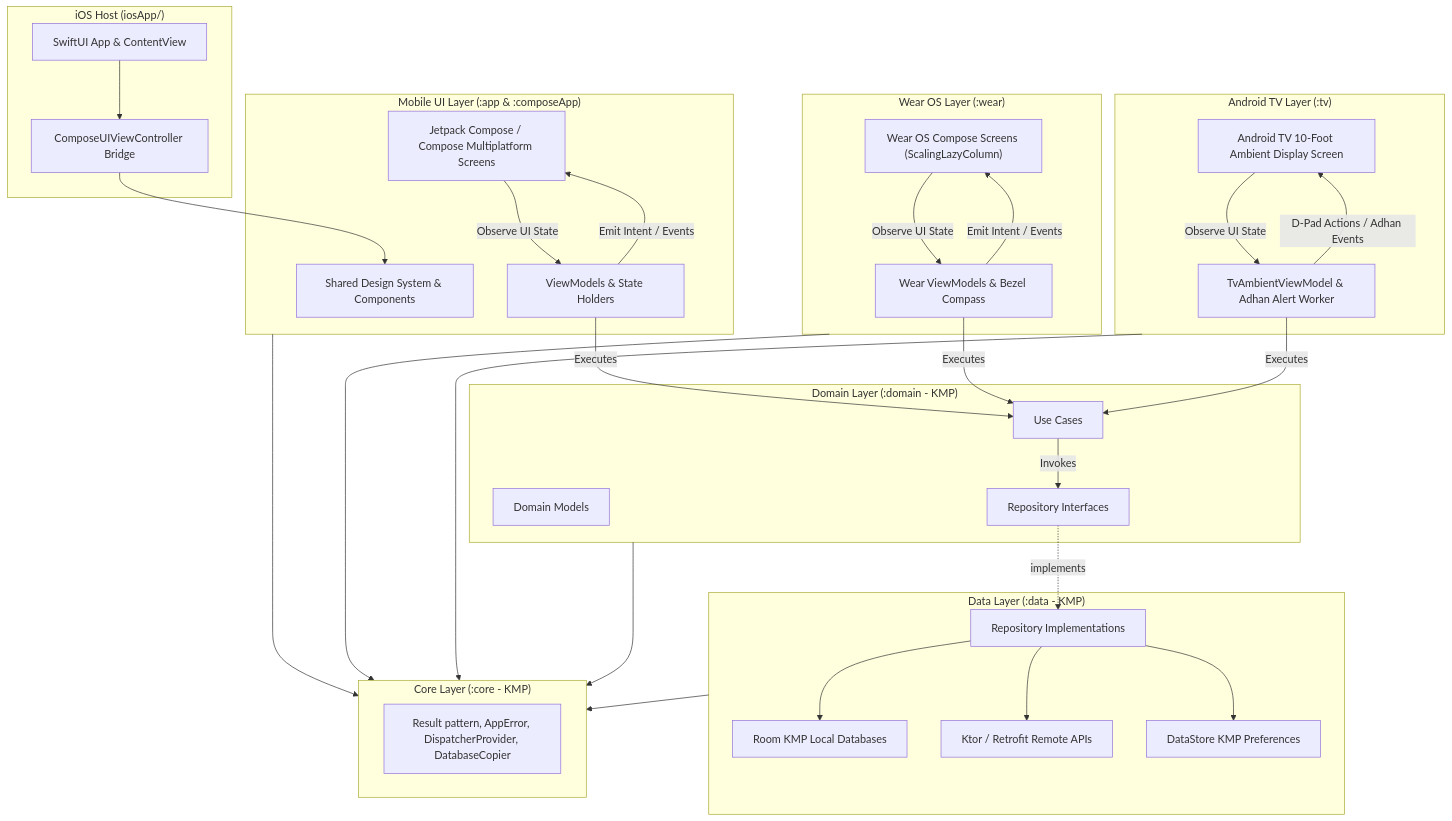
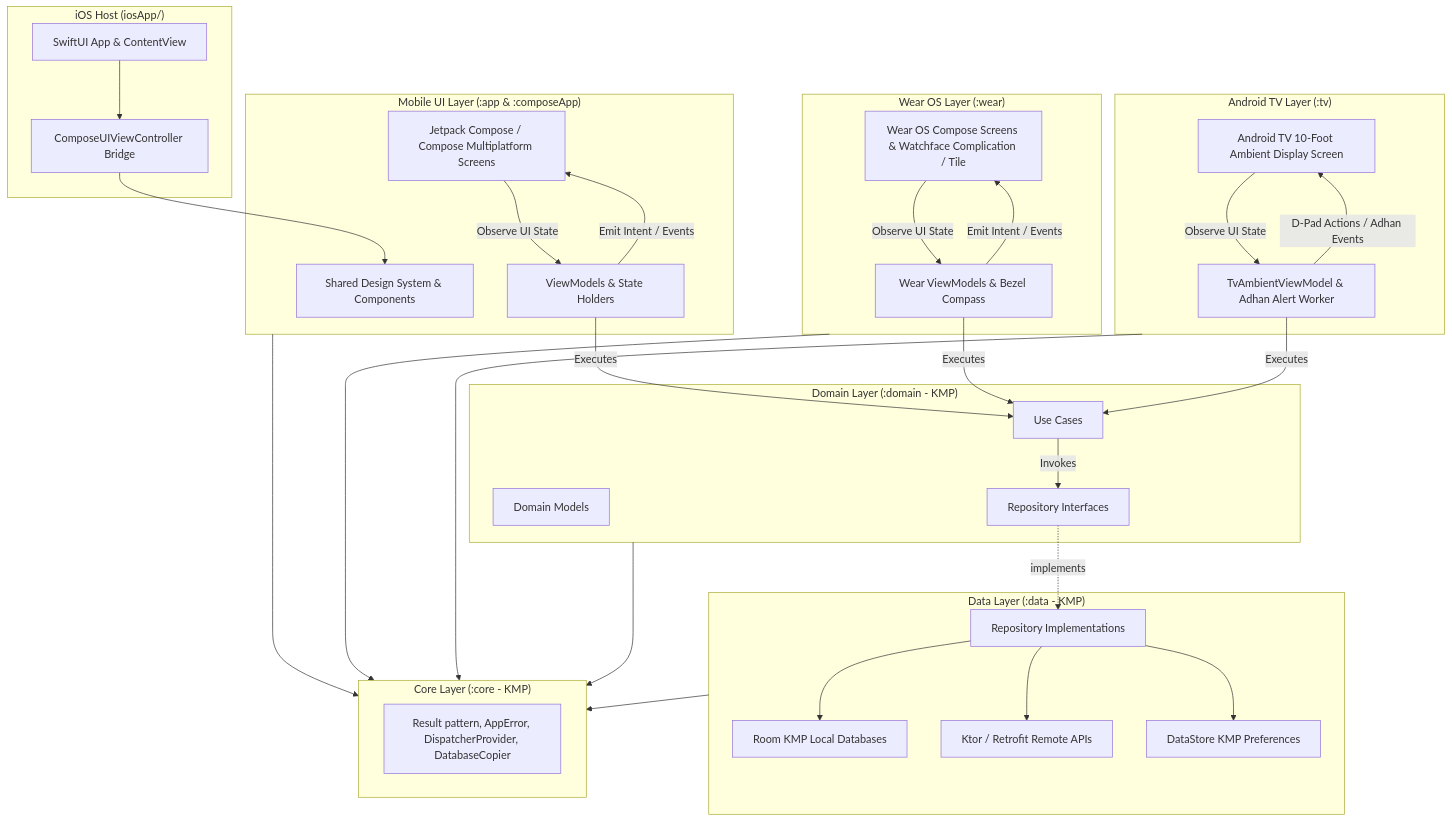
The diagram in README.md (suryamudti/rafiq-android), drawn with Mermaid before and after one commit. The commit also changed other lines of this file and 20 other files, not shown here.

Commit message:
feat(wear): add next prayer watchface complications, tile, and preview screen

````diff
--- a/README.md
+++ b/README.md
@@ -147,63 +148,63 @@
 ```mermaid
 graph TD
     subgraph UI ["Mobile UI Layer (:app & :composeApp)"]
         UI_Screen["Jetpack Compose / Compose Multiplatform Screens"]
         UI_VM["ViewModels & State Holders"]
         UI_Shared["Shared Design System & Components"]
         UI_Screen -->|"Observe UI State"| UI_VM
         UI_VM -->|"Emit Intent / Events"| UI_Screen
     end
 
     subgraph Wear ["Wear OS Layer (:wear)"]
-        Wear_Screen["Wear OS Compose Screens (ScalingLazyColumn)"]
+        Wear_Screen["Wear OS Compose Screens & Watchface Complication / Tile"]
         Wear_VM["Wear ViewModels & Bezel Compass"]
         Wear_Screen -->|"Observe UI State"| Wear_VM
         Wear_VM -->|"Emit Intent / Events"| Wear_Screen
     end
 
     subgraph TV ["Android TV Layer (:tv)"]
         TV_Screen["Android TV 10-Foot Ambient Display Screen"]
         TV_VM["TvAmbientViewModel & Adhan Alert Worker"]
         TV_Screen -->|"Observe UI State"| TV_VM
         TV_VM -->|"D-Pad Actions / Adhan Events"| TV_Screen
     end
 
     subgraph iOS ["iOS Host (iosApp/)"]
         IOS_App["SwiftUI App & ContentView"]
         IOS_VC["ComposeUIViewController Bridge"]
         IOS_App --> IOS_VC
         IOS_VC --> UI_Shared
     end
 
     subgraph Domain ["Domain Layer (:domain - KMP)"]
         Domain_UC["Use Cases"]
         Domain_Model["Domain Models"]
         Domain_Repo["Repository Interfaces"]
         UI_VM -->|"Executes"| Domain_UC
         Wear_VM -->|"Executes"| Domain_UC
         TV_VM -->|"Executes"| Domain_UC
         Domain_UC -->|"Invokes"| Domain_Repo
     end
 
     subgraph Data ["Data Layer (:data - KMP)"]
         Data_RepoImpl["Repository Implementations"]
         Data_Room["Room KMP Local Databases"]
         Data_Network["Ktor / Retrofit Remote APIs"]
         Data_Store["DataStore KMP Preferences"]
 
         Domain_Repo -.->|"implements"| Data_RepoImpl
         Data_RepoImpl --> Data_Room
         Data_RepoImpl --> Data_Network
         Data_RepoImpl --> Data_Store
     end
 
     subgraph Core ["Core Layer (:core - KMP)"]
         Core_Utils["Result pattern, AppError, DispatcherProvider, DatabaseCopier"]
     end
 
     UI --> Core
     Wear --> Core
     TV --> Core
     Domain --> Core
     Data --> Core
 ```
````
